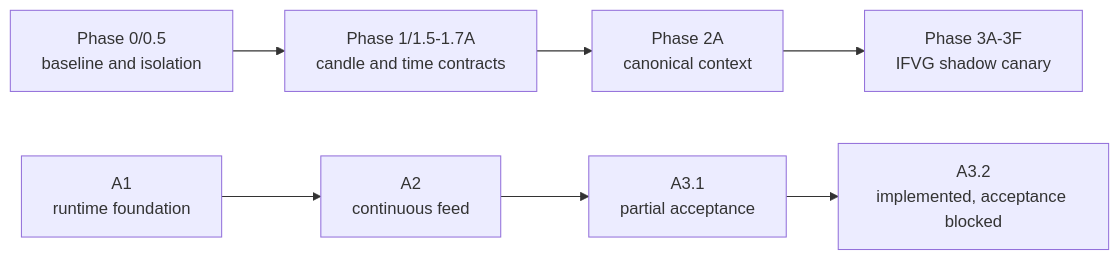
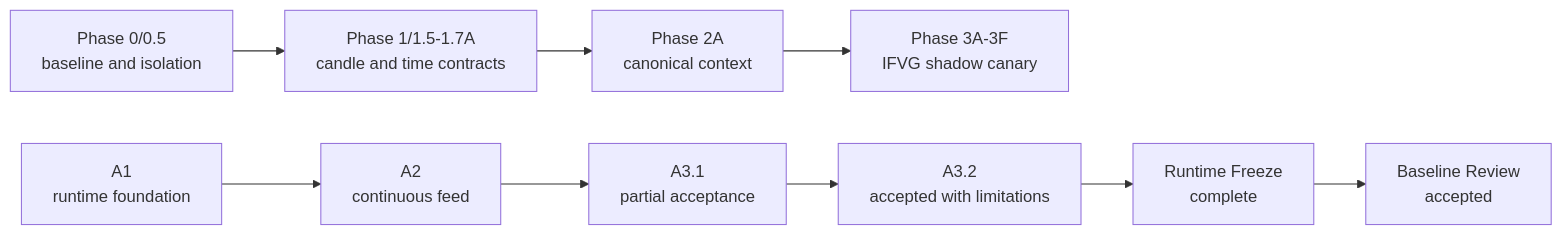
One commit to andreduval-png/gotrader-lab changed the first of 2 diagrams in docs/gotrader-runtime/architecture-roadmap.md. Above: the diagram before and after it, drawn with Mermaid. The commit also changed other lines of this file and 2 other files, not shown here.

Commit message:
Advance architecture after runtime freeze

````diff
--- a/docs/gotrader-runtime/architecture-roadmap.md
+++ b/docs/gotrader-runtime/architecture-roadmap.md
@@ -42,13 +46,15 @@
 ```mermaid
 flowchart LR
   P0["Phase 0/0.5<br/>baseline and isolation"]
   P1["Phase 1/1.5-1.7A<br/>candle and time contracts"]
   P2["Phase 2A<br/>canonical context"]
   P3["Phase 3A-3F<br/>IFVG shadow canary"]
   A1["A1<br/>runtime foundation"]
   A2["A2<br/>continuous feed"]
   A31["A3.1<br/>partial acceptance"]
-  A32["A3.2<br/>implemented, acceptance blocked"]
+  A32["A3.2<br/>accepted with limitations"]
+  RF["Runtime Freeze<br/>complete"]
+  BR["Baseline Review<br/>accepted"]
   P0 --> P1 --> P2 --> P3
-  A1 --> A2 --> A31 --> A32
+  A1 --> A2 --> A31 --> A32 --> RF --> BR
 ```
````
